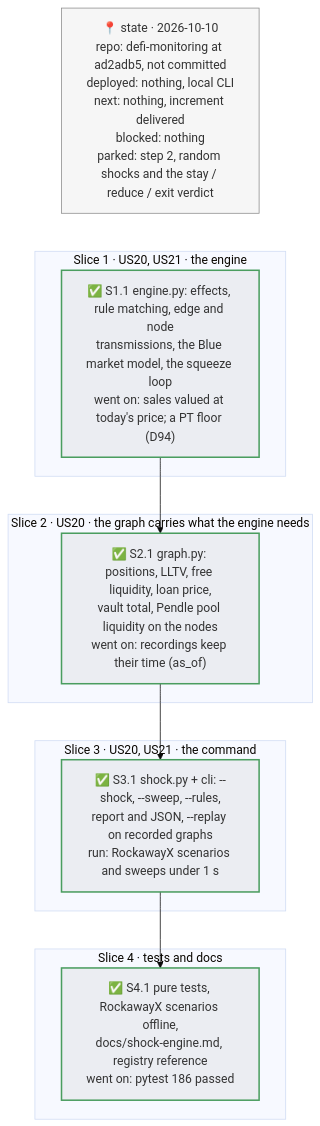
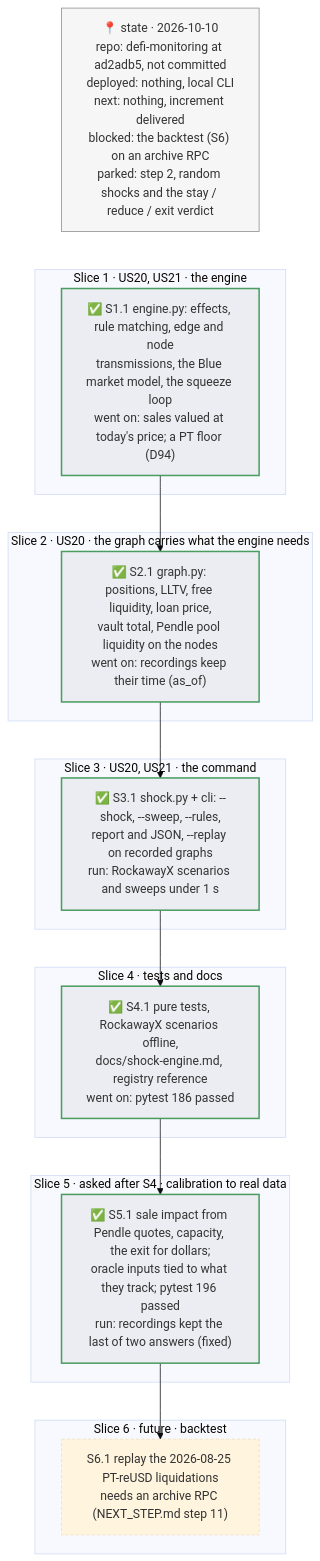
Before and after one commit to rya-sge/defi-monitoring: the diagram in plan/2026-10-10-propagation-engine.plan.md, drawn with Mermaid (base theme). The commit also changed other lines of this file and 307 other files, not shown here.

````diff
--- a/plan/2026-10-10-propagation-engine.plan.md
+++ b/plan/2026-10-10-propagation-engine.plan.md
@@ -11,31 +11,40 @@
 ```mermaid
 flowchart TB
   %% tracker
-  ST["📍 state · 2026-10-10<br/>repo: defi-monitoring at ad2adb5, not committed<br/>deployed: nothing, local CLI<br/>next: nothing, increment delivered<br/>blocked: nothing<br/>parked: step 2, random shocks and the stay / reduce / exit verdict"]
+  ST["📍 state · 2026-10-10<br/>repo: defi-monitoring at ad2adb5, not committed<br/>deployed: nothing, local CLI<br/>next: nothing, increment delivered<br/>blocked: the backtest (S6) on an archive RPC<br/>parked: step 2, random shocks and the stay / reduce / exit verdict"]
 
   subgraph SL1["Slice 1 · US20, US21 · the engine"]
     S1.1["✅ S1.1 engine.py: effects, rule matching, edge and node<br/>transmissions, the Blue market model, the squeeze loop<br/>went on: sales valued at today's price; a PT floor (D94)"]
   end
 
   subgraph SL2["Slice 2 · US20 · the graph carries what the engine needs"]
     S2.1["✅ S2.1 graph.py: positions, LLTV, free liquidity, loan price,<br/>vault total, Pendle pool liquidity on the nodes<br/>went on: recordings keep their time (as_of)"]
   end
 
   subgraph SL3["Slice 3 · US20, US21 · the command"]
     S3.1["✅ S3.1 shock.py + cli: --shock, --sweep, --rules,<br/>report and JSON, --replay on recorded graphs<br/>run: RockawayX scenarios and sweeps under 1 s"]
   end
 
   subgraph SL4["Slice 4 · tests and docs"]
     S4.1["✅ S4.1 pure tests, RockawayX scenarios offline,<br/>docs/shock-engine.md, registry reference<br/>went on: pytest 186 passed"]
   end
 
+  subgraph SL5["Slice 5 · asked after S4 · calibration to real data"]
+    S5.1["✅ S5.1 sale impact from Pendle quotes, capacity, the exit for dollars;<br/>oracle inputs tied to what they track; pytest 196 passed<br/>run: recordings kept the last of two answers (fixed)"]
+  end
+
+  subgraph SL6["Slice 6 · future · backtest"]
+    S6.1["S6.1 replay the 2026-08-25 PT-reUSD liquidations<br/>needs an archive RPC (NEXT_STEP.md step 11)"]
+  end
+
   ST ~~~ S1.1
-  S1.1 --> S2.1 --> S3.1 --> S4.1
+  S1.1 --> S2.1 --> S3.1 --> S4.1 --> S5.1 --> S6.1
 
   classDef done stroke:#4a9d5f,stroke-width:2px,fill:#7f7f7f1a
   classDef next stroke:#d08b28,stroke-width:2px,fill:#7f7f7f1a
   classDef todo stroke-dasharray:4 3
   classDef state stroke:#8a8a8a,stroke-width:1px,fill:#7f7f7f12
-  class S1.1,S2.1,S3.1,S4.1 done
+  class S1.1,S2.1,S3.1,S4.1,S5.1 done
+  class S6.1 todo
   class ST state
 ```
````
